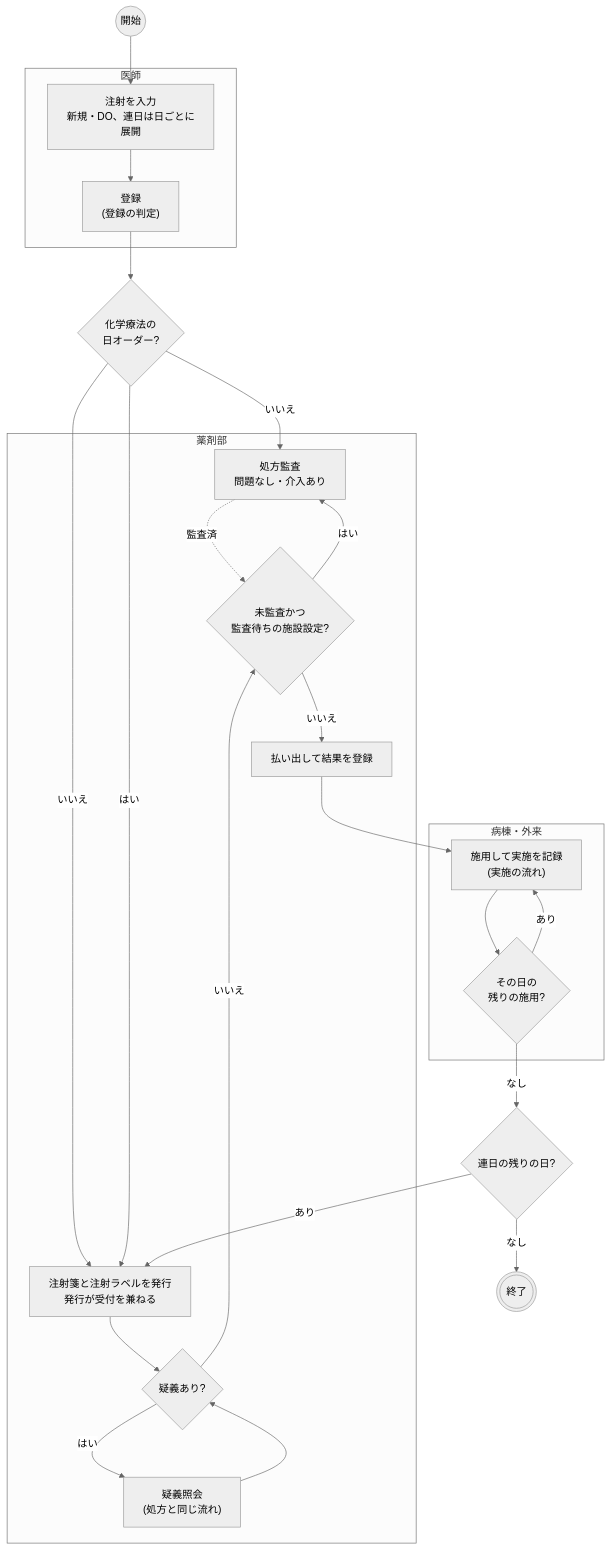
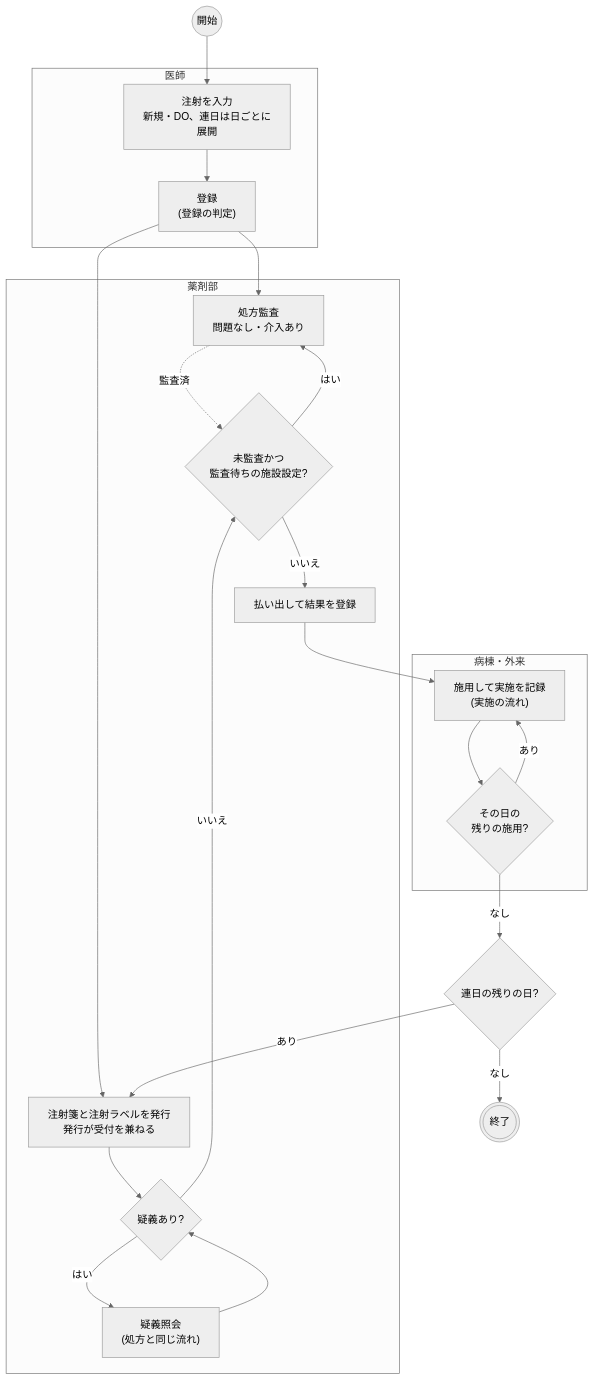
Before and after one commit to ysnr-dev/fhir-client: the first of 9 diagrams in docs/order-flows/injection.md, drawn with Mermaid (neutral theme). The commit also changed other lines of this file, not shown here.

Commit message:
docs: 注射オーダーの業務フローから化学療法を除外

````diff
--- a/docs/order-flows/injection.md
+++ b/docs/order-flows/injection.md
@@ -36,42 +36,40 @@
 ```mermaid
 flowchart TD
   start(("開始"))
   finish((("終了")))
-  chemo{"化学療法の<br/>日オーダー?"}
 
   subgraph doctor["医師"]
     input["注射を入力<br/>新規・DO、連日は日ごとに展開"]
     register["登録<br/>(登録の判定)"]
   end
 
   subgraph pharmacy["薬剤部"]
     verify["処方監査<br/>問題なし・介入あり"]
     issue["注射箋と注射ラベルを発行<br/>発行が受付を兼ねる"]
     inquire{"疑義あり?"}
     inquiry["疑義照会<br/>(処方と同じ流れ)"]
     wait{"未監査かつ<br/>監査待ちの施設設定?"}
     dispense["払い出して結果を登録"]
   end
 
   subgraph ward["病棟・外来"]
     perform["施用して実施を記録<br/>(実施の流れ)"]
     more{"その日の<br/>残りの施用?"}
   end
 
   series{"連日の残りの日?"}
 
-  start --> input --> register --> chemo
-  chemo -- "いいえ" --> verify
-  chemo -- "いいえ" --> issue
-  chemo -- "はい" --> issue
+  start --> input --> register
+  register --> verify
+  register --> issue
   issue --> inquire
   inquire -- "はい" --> inquiry --> inquire
   inquire -- "いいえ" --> wait
   verify -. "監査済" .-> wait
   wait -- "はい" --> verify
   wait -- "いいえ" --> dispense --> perform --> more
   more -- "あり" --> perform
   more -- "なし" --> series
   series -- "あり" --> issue
   series -- "なし" --> finish
 ```
````
